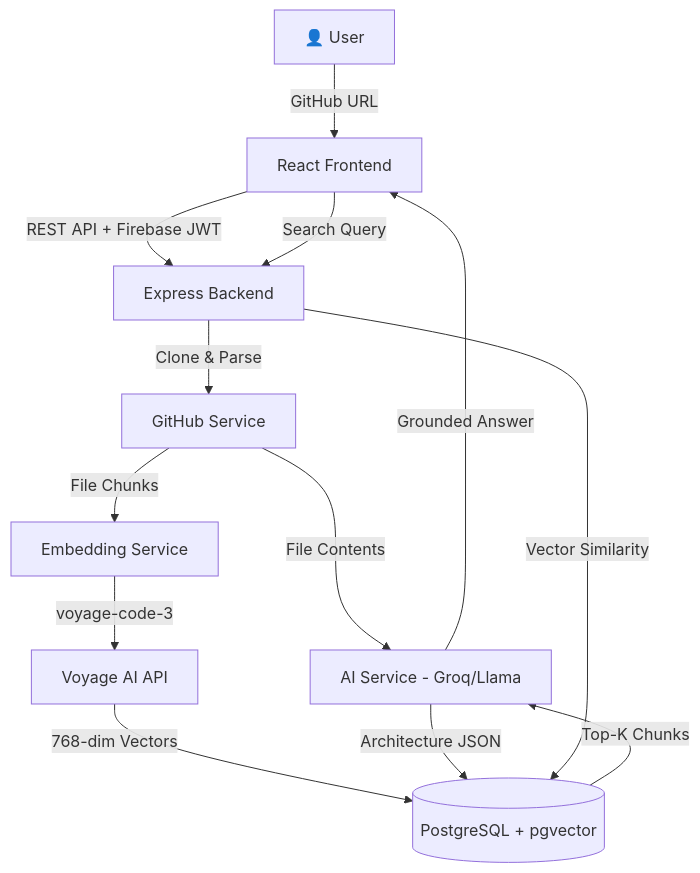
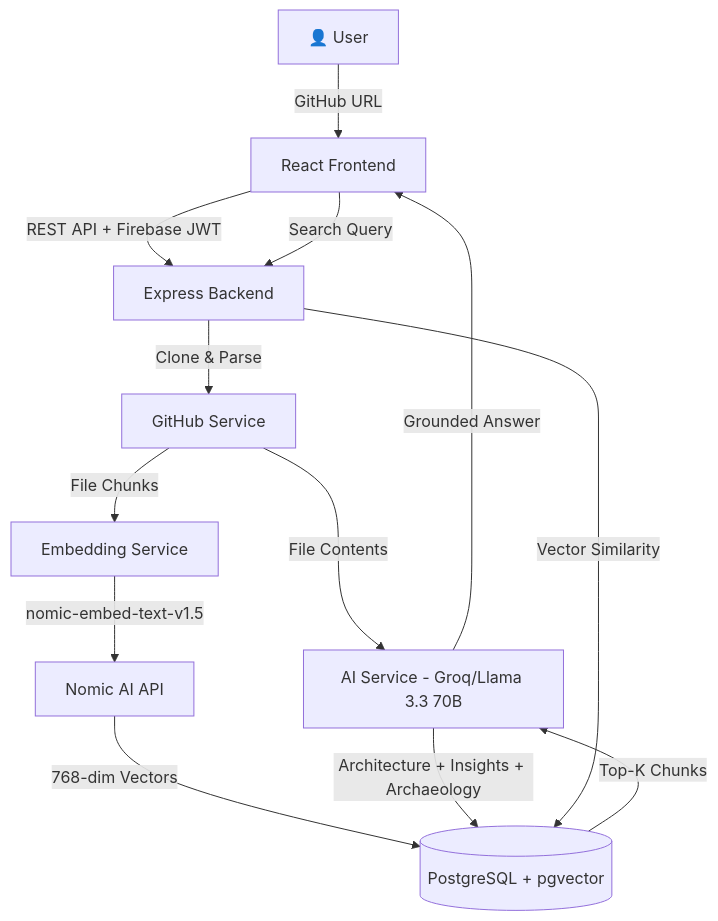
Before and after one commit to 202452336/ai-codebase-explorer: the diagram in README.md, drawn with Mermaid. The commit also changed other lines of this file and 8 other files, not shown here.

````diff
--- a/README.md
+++ b/README.md
@@ -94,15 +122,15 @@
 ```mermaid
 graph TD
     A[👤 User] -->|GitHub URL| B[React Frontend]
     B -->|REST API + Firebase JWT| C[Express Backend]
     C -->|Clone & Parse| D[GitHub Service]
-    D -->|File Contents| E[AI Service - Groq/Llama]
+    D -->|File Contents| E[AI Service - Groq/Llama 3.3 70B]
     D -->|File Chunks| F[Embedding Service]
-    F -->|voyage-code-3| G[Voyage AI API]
+    F -->|nomic-embed-text-v1.5| G[Nomic AI API]
     G -->|768-dim Vectors| H[(PostgreSQL + pgvector)]
-    E -->|Architecture JSON| H
+    E -->|Architecture + Insights + Archaeology| H
     B -->|Search Query| C
     C -->|Vector Similarity| H
     H -->|Top-K Chunks| E
     E -->|Grounded Answer| B
 ```
````
